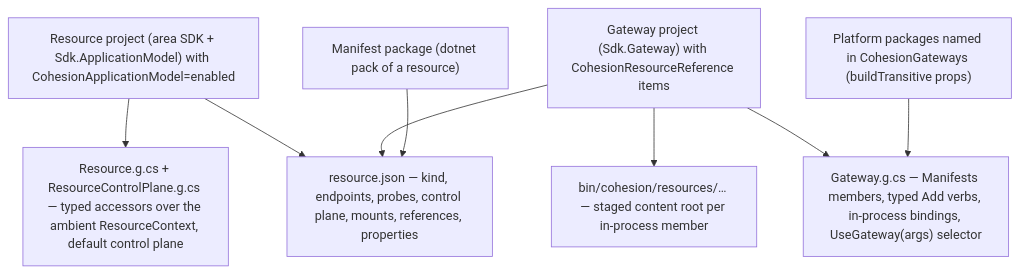
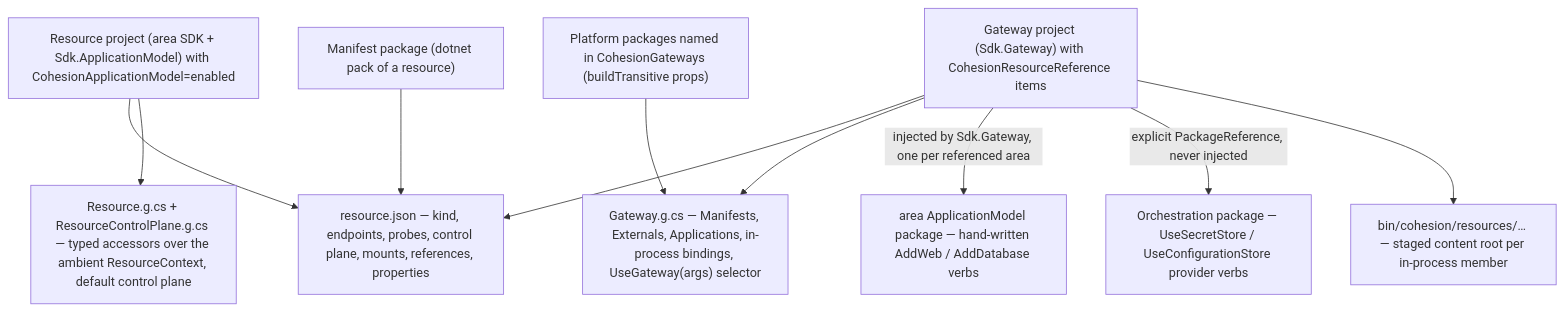
The first of 4 diagrams in docs/APPLICATION_MODEL_BUILD_AND_DEPLOY.md (assimalign/cohesion), drawn with Mermaid before and after one commit. The commit also changed other lines of this file and 599 other files, not shown here.

````diff
--- a/docs/APPLICATION_MODEL_BUILD_AND_DEPLOY.md
+++ b/docs/APPLICATION_MODEL_BUILD_AND_DEPLOY.md
@@ -20,10 +20,12 @@
 ```mermaid
 flowchart TD
     Resource["Resource project (area SDK + Sdk.ApplicationModel) with CohesionApplicationModel=enabled"] --> Manifest["resource.json — kind, endpoints, probes, control plane, mounts, references, properties"]
     Resource --> ResourceCode["Resource.g.cs + ResourceControlPlane.g.cs — typed accessors over the ambient ResourceContext, default control plane"]
     Gateway["Gateway project (Sdk.Gateway) with CohesionResourceReference items"] --> Manifest
-    Gateway --> GatewayCode["Gateway.g.cs — Manifests members, typed Add verbs, in-process bindings, UseGateway(args) selector"]
+    Gateway --> GatewayCode["Gateway.g.cs — Manifests, Externals, Applications, in-process bindings, UseGateway(args) selector"]
+    Gateway -->|"injected by Sdk.Gateway, one per referenced area"| AreaModel["area ApplicationModel package — hand-written AddWeb / AddDatabase verbs"]
+    Gateway -->|"explicit PackageReference, never injected"| Orchestration["Orchestration package — UseSecretStore / UseConfigurationStore provider verbs"]
     Gateway --> Staged["bin/cohesion/resources/… — staged content root per in-process member"]
     Package["Manifest package (dotnet pack of a resource)"] --> Manifest
     Providers["Platform packages named in CohesionGateways (buildTransitive props)"] --> GatewayCode
 ```
````
